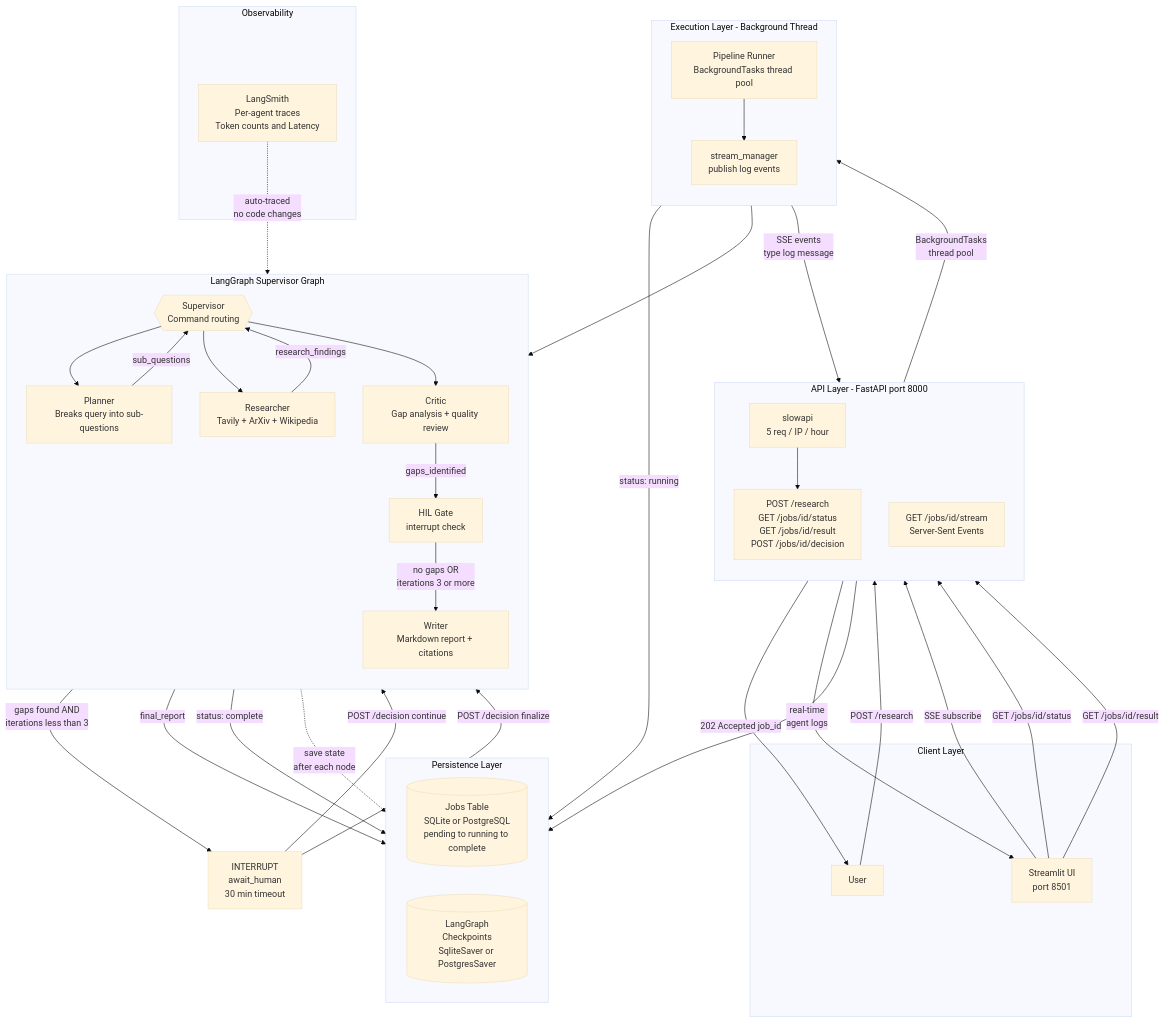
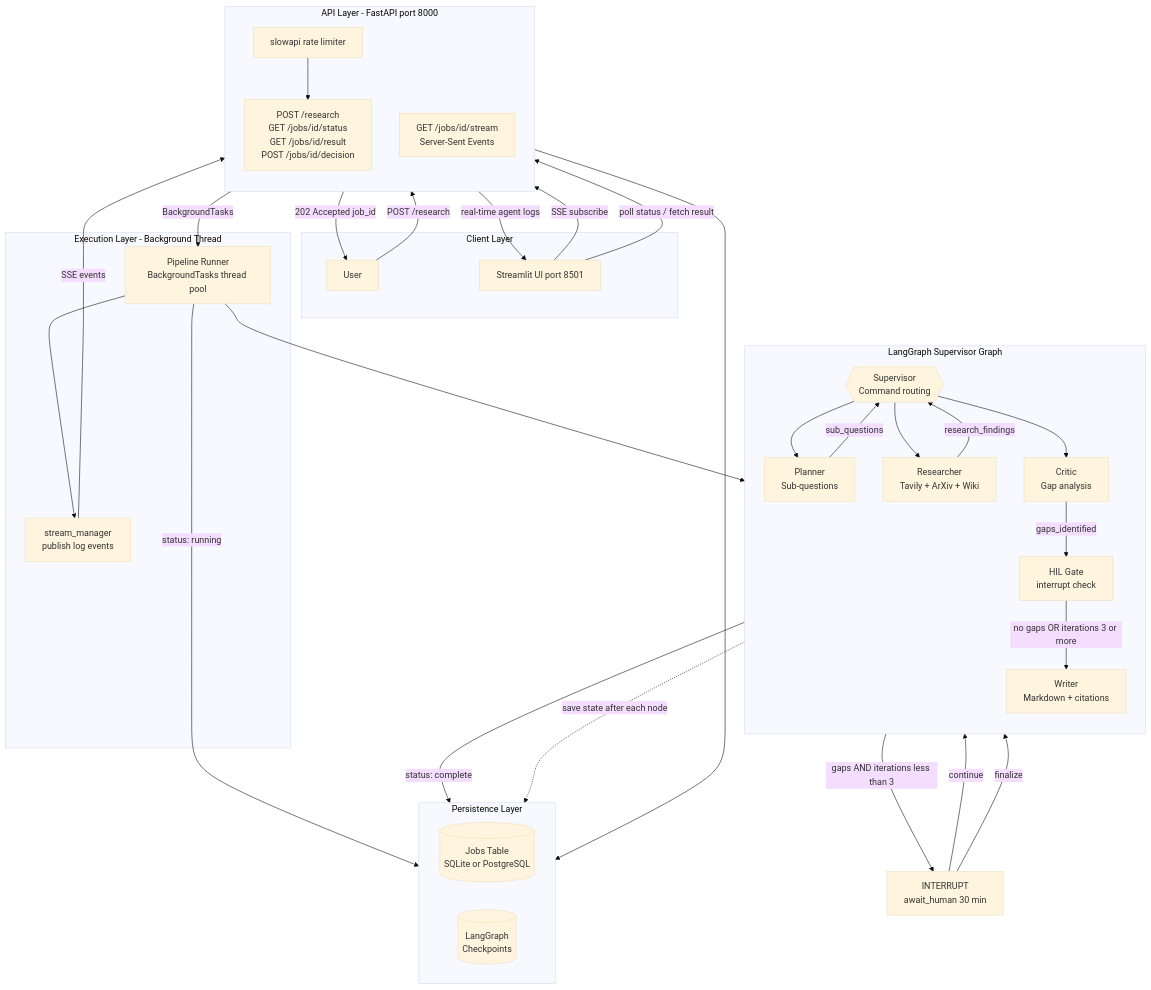
One commit to noviciusss/Argus changed the first of 2 diagrams in README.md. Above: the diagram before and after it, drawn with Mermaid (base theme). The commit also changed other lines of this file and 1 other file, not shown here.

````diff
--- a/README.md
+++ b/README.md
@@ -30,75 +30,80 @@
 ```mermaid
 flowchart TB
     subgraph Client["Client Layer"]
         User["User"]
-        UI["Streamlit UI\nport 8501"]
+        UI["Streamlit UI port 8501"]
     end
 
     subgraph API["API Layer - FastAPI port 8000"]
         direction TB
-        Endpoint["POST /research\nGET /jobs/id/status\nGET /jobs/id/result\nPOST /jobs/id/decision"]
-        SSERoute["GET /jobs/id/stream\nServer-Sent Events"]
-        RateLimit["slowapi\n5 req / IP / hour"]
+        Endpoint["POST /research
+GET /jobs/id/status
+GET /jobs/id/result
+POST /jobs/id/decision"]
+        SSERoute["GET /jobs/id/stream
+Server-Sent Events"]
+        RateLimit["slowapi rate limiter"]
     end
 
     subgraph Execution["Execution Layer - Background Thread"]
-        direction TB
-        Runner["Pipeline Runner\nBackgroundTasks thread pool"]
-        StreamPub["stream_manager\npublish log events"]
+        Runner["Pipeline Runner
+BackgroundTasks thread pool"]
+        StreamPub["stream_manager
+publish log events"]
     end
 
     subgraph Graph["LangGraph Supervisor Graph"]
         direction TB
-        Supervisor{{"Supervisor\nCommand routing"}}
-        Planner["Planner\nBreaks query into sub-questions"]
-        Researcher["Researcher\nTavily + ArXiv + Wikipedia"]
-        Critic["Critic\nGap analysis + quality review"]
-        HIL["HIL Gate\ninterrupt check"]
-        Writer["Writer\nMarkdown report + citations"]
+        Supervisor{{"Supervisor
+Command routing"}}
+        Planner["Planner
+Sub-questions"]
+        Researcher["Researcher
+Tavily + ArXiv + Wiki"]
+        Critic["Critic
+Gap analysis"]
+        HIL["HIL Gate
+interrupt check"]
+        Writer["Writer
+Markdown + citations"]
     end
 
     subgraph Persistence["Persistence Layer"]
         direction LR
-        JobsDB[("Jobs Table\nSQLite or PostgreSQL\npending to running to complete")]
-        Checkpoints[("LangGraph\nCheckpoints\nSqliteSaver or PostgresSaver")]
-    end
-
-    subgraph Observability["Observability"]
-        LangSmith["LangSmith\nPer-agent traces\nToken counts and Latency"]
+        JobsDB[("Jobs Table
+SQLite or PostgreSQL")]
+        Checkpoints[("LangGraph
+Checkpoints")]
     end
 
     User -->|"POST /research"| RateLimit
     RateLimit --> Endpoint
     Endpoint -->|"202 Accepted job_id"| User
     Endpoint --> JobsDB
-    Endpoint -->|"BackgroundTasks\nthread pool"| Runner
+    Endpoint -->|"BackgroundTasks"| Runner
 
     Runner -->|"status: running"| JobsDB
     Runner --> Graph
     Runner --> StreamPub
 
     Supervisor --> Planner
     Planner -->|"sub_questions"| Supervisor
     Supervisor --> Researcher
     Researcher -->|"research_findings"| Supervisor
     Supervisor --> Critic
     Critic -->|"gaps_identified"| HIL
 
-    HIL -->|"gaps found AND\niterations less than 3"| Pause["INTERRUPT\nawait_human\n30 min timeout"]
-    Pause -->|"POST /decision continue"| Researcher
-    Pause -->|"POST /decision finalize"| Writer
-    HIL -->|"no gaps OR\niterations 3 or more"| Writer
+    HIL -->|"gaps AND iterations less than 3"| Pause["INTERRUPT
+await_human 30 min"]
+    Pause -->|"continue"| Researcher
+    Pause -->|"finalize"| Writer
+    HIL -->|"no gaps OR iterations 3 or more"| Writer
 
-    Writer -->|"final_report"| JobsDB
     Writer -->|"status: complete"| JobsDB
-
-    StreamPub -->|"SSE events\ntype log message"| SSERoute
-    Graph -.->|"save state\nafter each node"| Checkpoints
+    StreamPub -->|"SSE events"| SSERoute
+    Graph -.->|"save state after each node"| Checkpoints
 
     UI -->|"SSE subscribe"| SSERoute
-    SSERoute -->|"real-time\nagent logs"| UI
-    UI -->|"GET /jobs/id/status"| Endpoint
-    UI -->|"GET /jobs/id/result"| Endpoint
-
-    LangSmith -.->|"auto-traced\nno code changes"| Graph
+    SSERoute -->|"real-time agent logs"| UI
+    UI -->|"poll status / fetch result"| Endpoint
 ```
````
